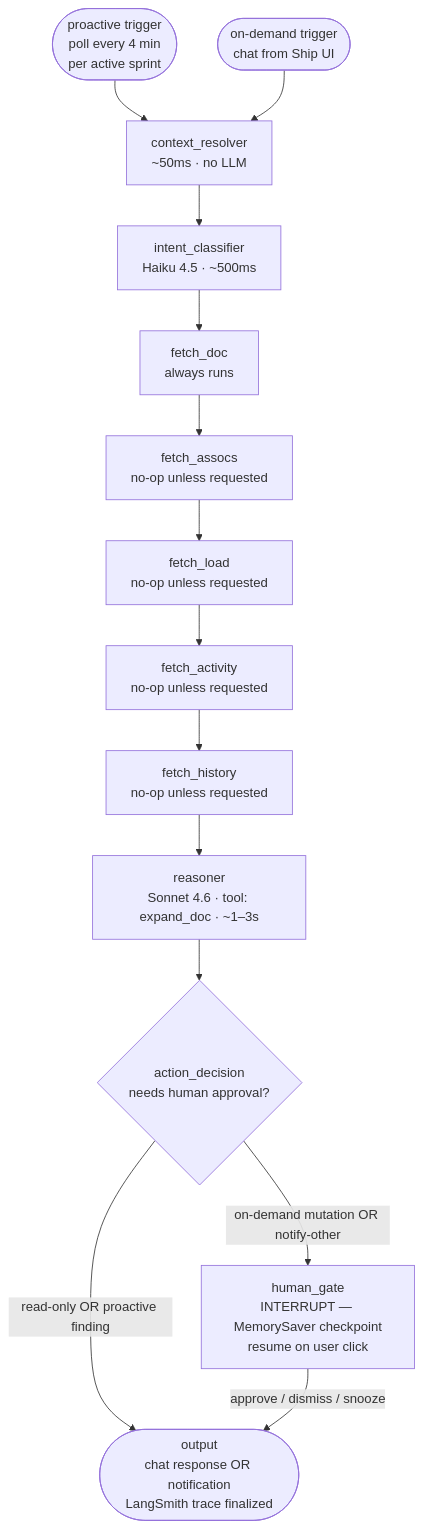
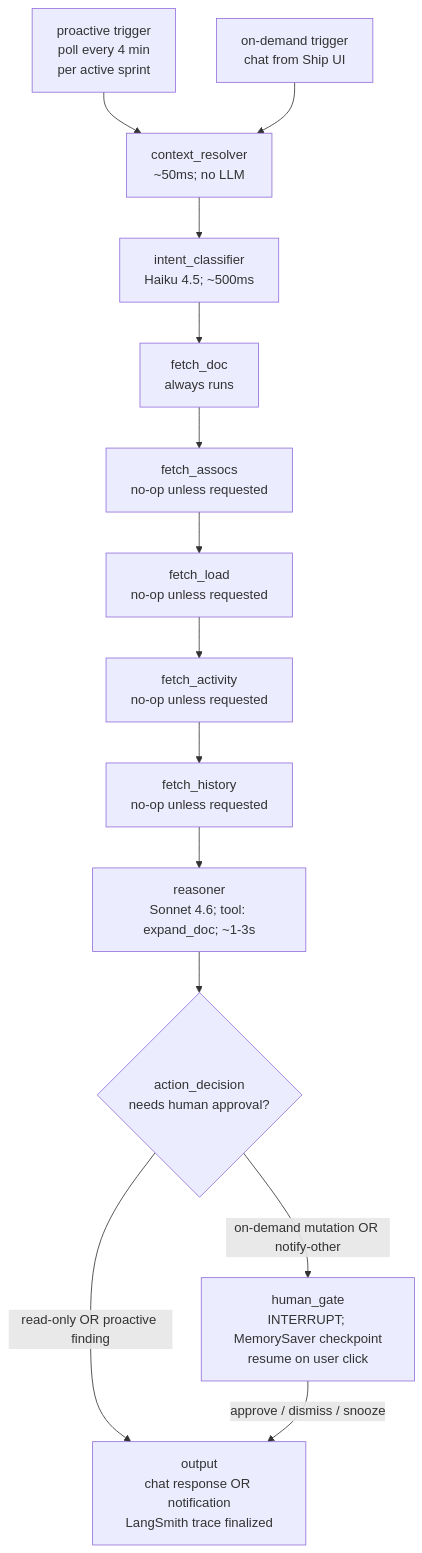
The diagram in FLEETGRAPH.md (tylerxia8/ship), drawn with Mermaid before and after one commit. The commit also changed other lines of this file, not shown here.

Commit message:
Restore FleetGraph graph diagram fallback

````diff
--- a/FLEETGRAPH.md
+++ b/FLEETGRAPH.md
@@ -97,30 +97,30 @@
 ```mermaid
 flowchart TD
-    proactive([proactive trigger<br/>poll every 4 min<br/>per active sprint]) --> resolver
-    ondemand([on-demand trigger<br/>chat from Ship UI]) --> resolver
+    proactive["proactive trigger<br/>poll every 4 min<br/>per active sprint"] --> resolver
+    ondemand["on-demand trigger<br/>chat from Ship UI"] --> resolver
 
-    resolver[context_resolver<br/>~50ms · no LLM]
+    resolver["context_resolver<br/>~50ms; no LLM"]
     resolver --> classifier
 
-    classifier[intent_classifier<br/>Haiku 4.5 · ~500ms]
+    classifier["intent_classifier<br/>Haiku 4.5; ~500ms"]
 
-    classifier --> fetchdoc[fetch_doc<br/>always runs]
+    classifier --> fetchdoc["fetch_doc<br/>always runs"]
 
-    fetchdoc --> fetchassocs[fetch_assocs<br/>no-op unless requested]
-    fetchassocs --> fetchload[fetch_load<br/>no-op unless requested]
-    fetchload --> fetchactivity[fetch_activity<br/>no-op unless requested]
-    fetchactivity --> fetchhistory[fetch_history<br/>no-op unless requested]
+    fetchdoc --> fetchassocs["fetch_assocs<br/>no-op unless requested"]
+    fetchassocs --> fetchload["fetch_load<br/>no-op unless requested"]
+    fetchload --> fetchactivity["fetch_activity<br/>no-op unless requested"]
+    fetchactivity --> fetchhistory["fetch_history<br/>no-op unless requested"]
     fetchhistory --> reasoner
 
-    reasoner[reasoner<br/>Sonnet 4.6 · tool: expand_doc · ~1–3s]
+    reasoner["reasoner<br/>Sonnet 4.6; tool: expand_doc; ~1-3s"]
     reasoner --> decision
 
-    decision{action_decision<br/>needs human approval?}
+    decision{"action_decision<br/>needs human approval?"}
     decision -->|read-only OR proactive finding| output
     decision -->|on-demand mutation OR notify-other| gate
 
-    gate[human_gate<br/>INTERRUPT — MemorySaver checkpoint<br/>resume on user click]
+    gate["human_gate<br/>INTERRUPT; MemorySaver checkpoint<br/>resume on user click"]
     gate -->|approve / dismiss / snooze| output
 
-    output([output<br/>chat response OR notification<br/>LangSmith trace finalized])
+    output["output<br/>chat response OR notification<br/>LangSmith trace finalized"]
 ```
````
